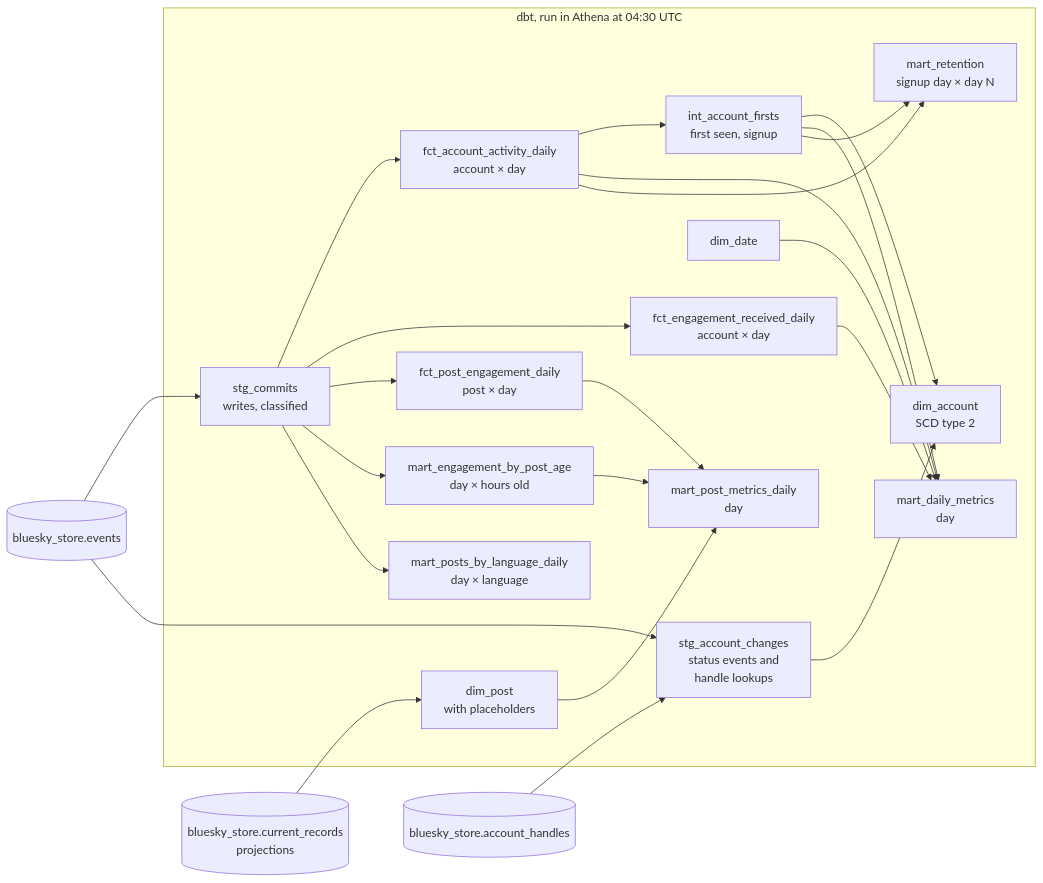
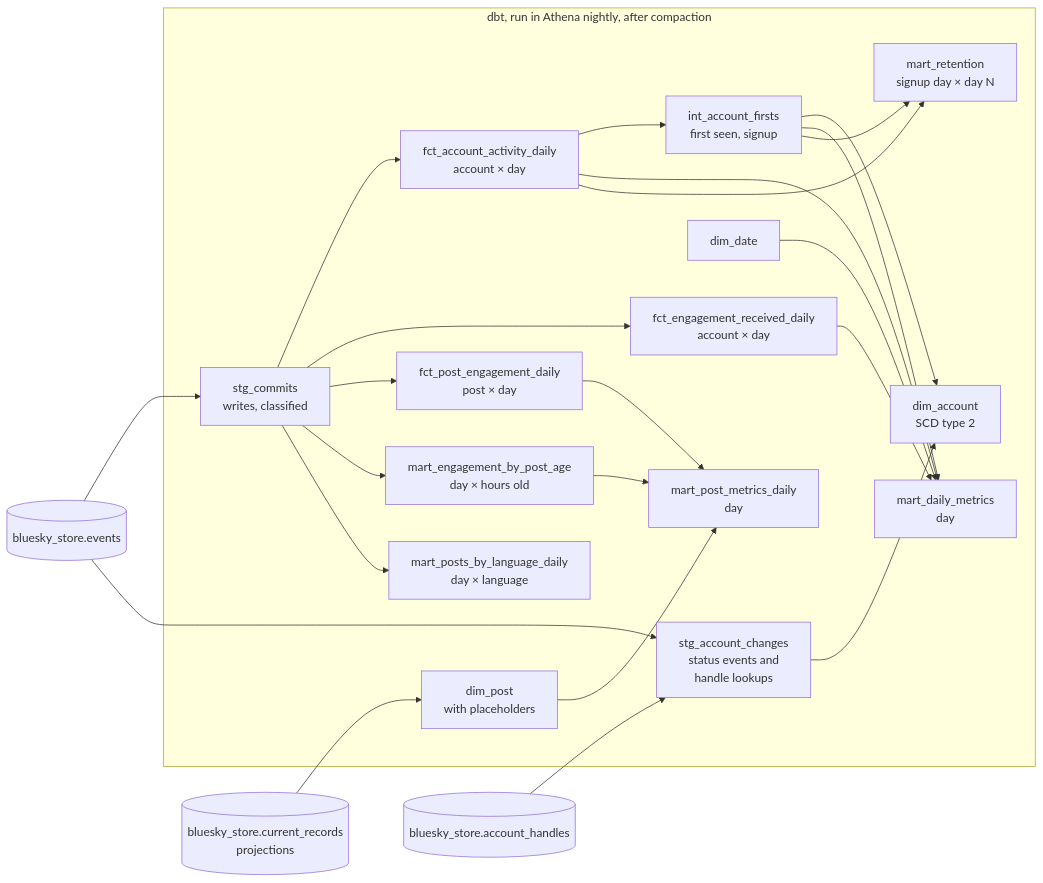
Before and after one commit to dhirajkk91/bluesky-stream-analytics: the diagram in docs/architectures/marts.md, drawn with Mermaid. The commit also changed other lines of this file and 40 other files, not shown here.

````diff
--- a/docs/architectures/marts.md
+++ b/docs/architectures/marts.md
@@ -13,43 +13,43 @@
 ```mermaid
 flowchart LR
     EV[("bluesky_store.events")]
     AH[("bluesky_store.account_handles")]
     CR[("bluesky_store.current_records<br/>projections")]
-    subgraph dbt["dbt, run in Athena at 04:30 UTC"]
+    subgraph dbt["dbt, run in Athena nightly, after compaction"]
         SC["stg_commits<br/>writes, classified"]
         SA["stg_account_changes<br/>status events and<br/>handle lookups"]
         FA["fct_account_activity_daily<br/>account × day"]
         FE["fct_engagement_received_daily<br/>account × day"]
         IF["int_account_firsts<br/>first seen, signup"]
         DA["dim_account<br/>SCD type 2"]
         DD["dim_date"]
         MD["mart_daily_metrics<br/>day"]
         MR["mart_retention<br/>signup day × day N"]
         DP["dim_post<br/>with placeholders"]
         FP["fct_post_engagement_daily<br/>post × day"]
         MA["mart_engagement_by_post_age<br/>day × hours old"]
         MP["mart_post_metrics_daily<br/>day"]
         ML["mart_posts_by_language_daily<br/>day × language"]
     end
     EV --> SC
     EV --> SA
     AH --> SA
     SC --> FA
     SC --> FE
     FA --> IF
     SA --> DA
     IF --> DA
     FA --> MD
     FE --> MD
     IF --> MD
     DD --> MD
     IF --> MR
     FA --> MR
     CR --> DP
     SC --> FP
     SC --> MA
     SC --> ML
     DP --> MP
     FP --> MP
     MA --> MP
 ```
````
